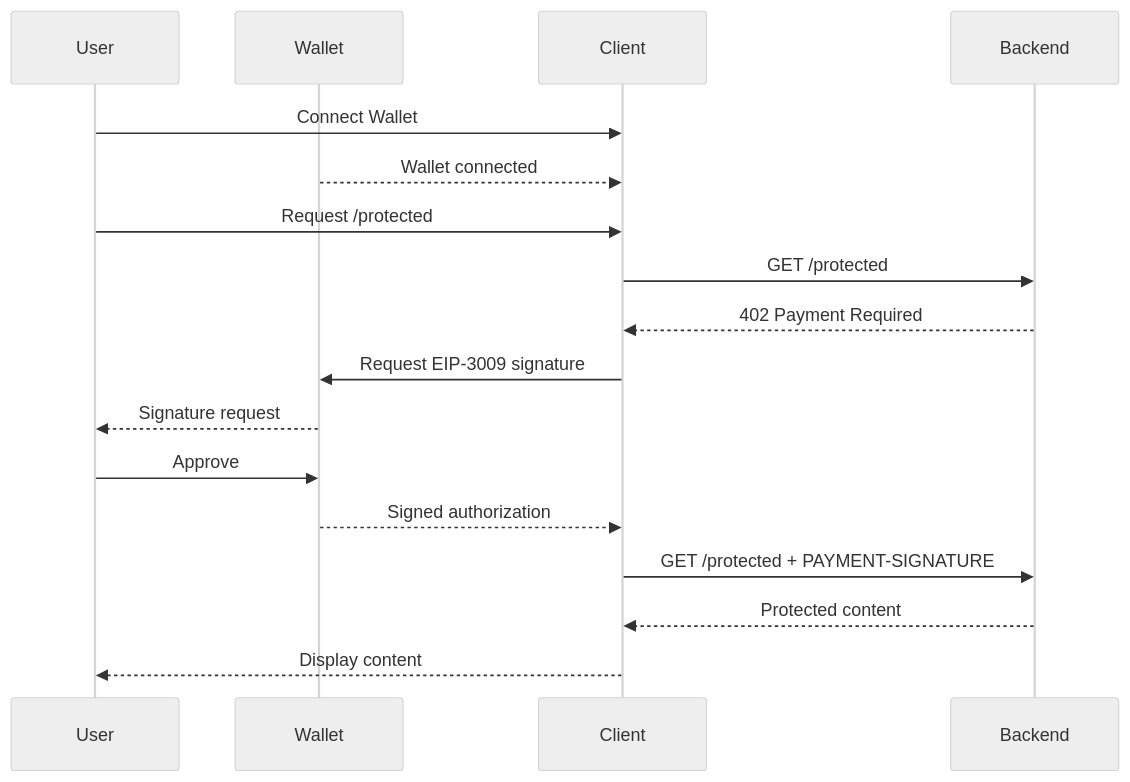
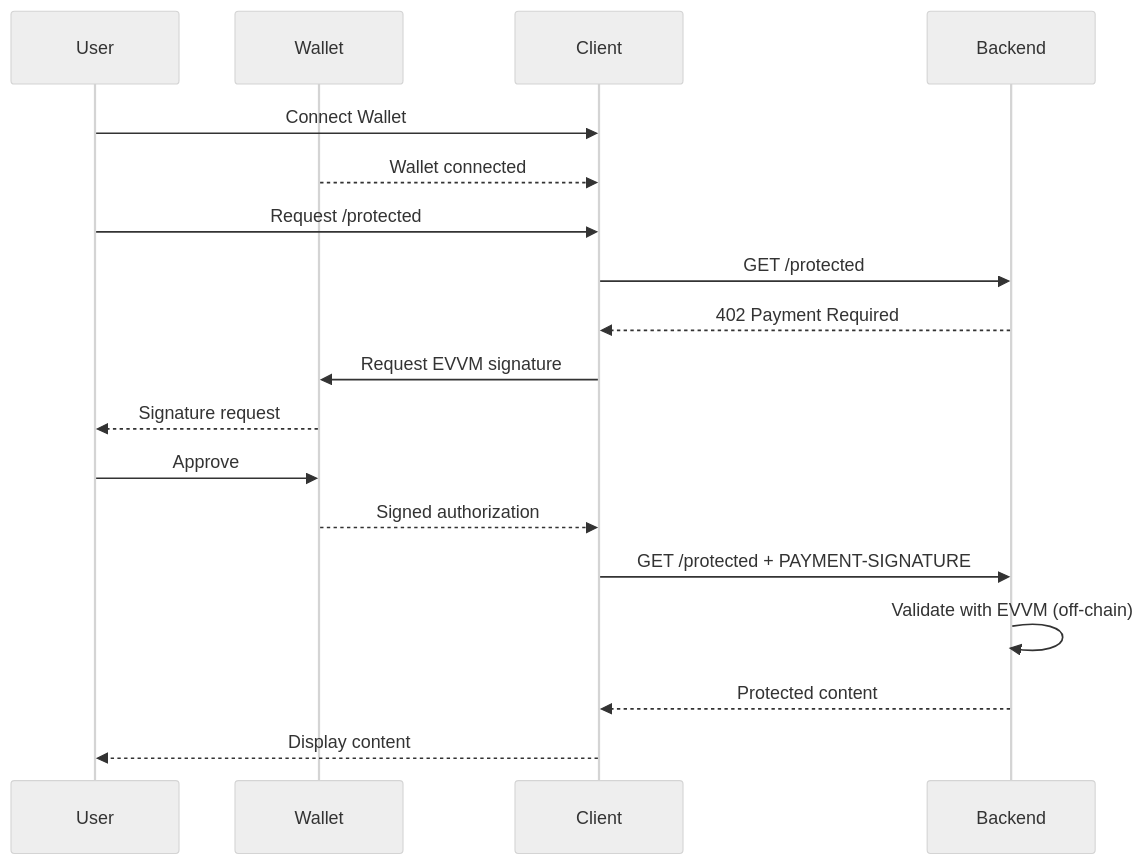
The diagram in client/README.md (menuRivera/x402-demo), drawn with Mermaid (neutral theme) before and after one commit. The commit also changed other lines of this file and 4 other files, not shown here.

````diff
--- a/client/README.md
+++ b/client/README.md
@@ -76,23 +78,24 @@
 ```mermaid
 sequenceDiagram
     participant User
     participant Wallet
     participant Client
     participant Backend
 
     User->>Client: Connect Wallet
     Wallet-->>Client: Wallet connected
     
     User->>Client: Request /protected
     Client->>Backend: GET /protected
     Backend-->>Client: 402 Payment Required
     
-    Client->>Wallet: Request EIP-3009 signature
+    Client->>Wallet: Request EVVM signature
     Wallet-->>User: Signature request
     User->>Wallet: Approve
     Wallet-->>Client: Signed authorization
     
     Client->>Backend: GET /protected + PAYMENT-SIGNATURE
+    Backend->>Backend: Validate with EVVM (off-chain)
     Backend-->>Client: Protected content
     Client-->>User: Display content
 ```
````
